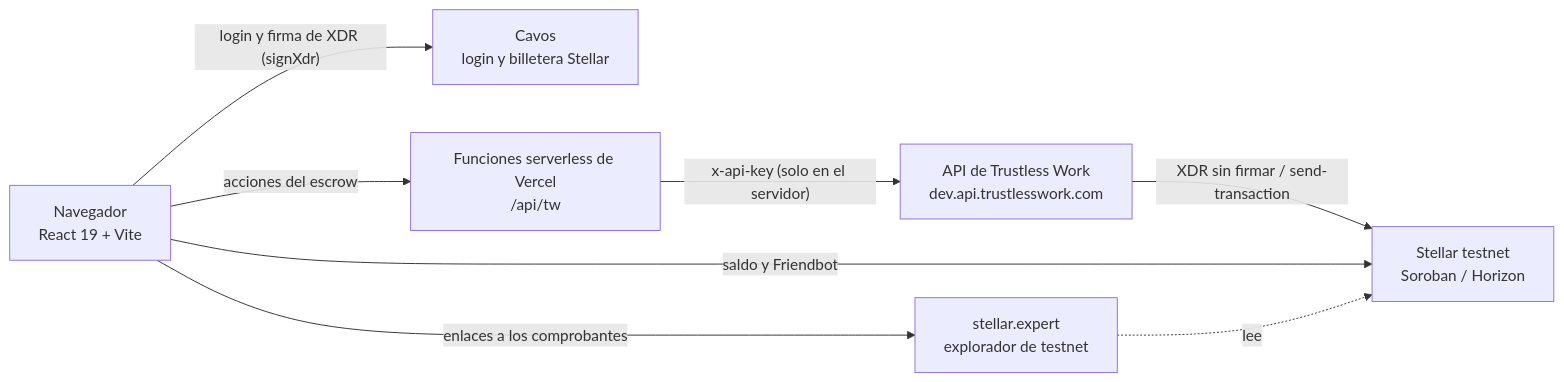
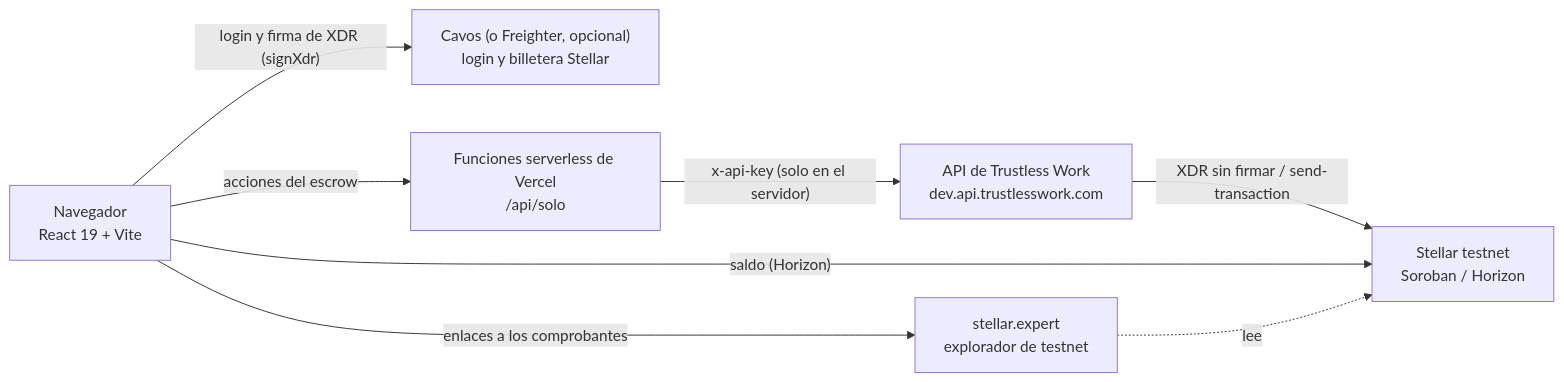
Before and after one commit to businessapplockumi-crypto/lockumi-app: the first of 2 diagrams in README.md, drawn with Mermaid. The commit also changed other lines of this file and 3 other files, not shown here.

````diff
--- a/README.md
+++ b/README.md
@@ -68,17 +83,17 @@
 ```mermaid
 flowchart LR
   U["Navegador<br/>React 19 + Vite"]
-  CV["Cavos<br/>login y billetera Stellar"]
-  API["Funciones serverless de Vercel<br/>/api/tw"]
+  CV["Cavos (o Freighter, opcional)<br/>login y billetera Stellar"]
+  API["Funciones serverless de Vercel<br/>/api/solo"]
   TW["API de Trustless Work<br/>dev.api.trustlesswork.com"]
   ST["Stellar testnet<br/>Soroban / Horizon"]
   SE["stellar.expert<br/>explorador de testnet"]
 
   U -- "login y firma de XDR (signXdr)" --> CV
   U -- "acciones del escrow" --> API
   API -- "x-api-key (solo en el servidor)" --> TW
   TW -- "XDR sin firmar / send-transaction" --> ST
-  U -- "saldo y Friendbot" --> ST
+  U -- "saldo (Horizon)" --> ST
   U -- "enlaces a los comprobantes" --> SE
   SE -. "lee" .-> ST
 ```
````
